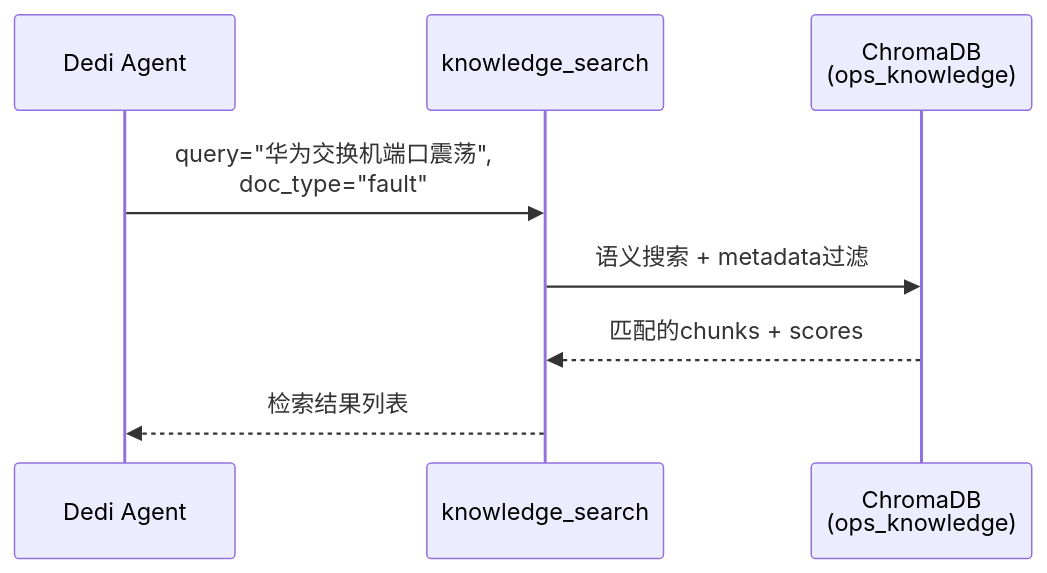
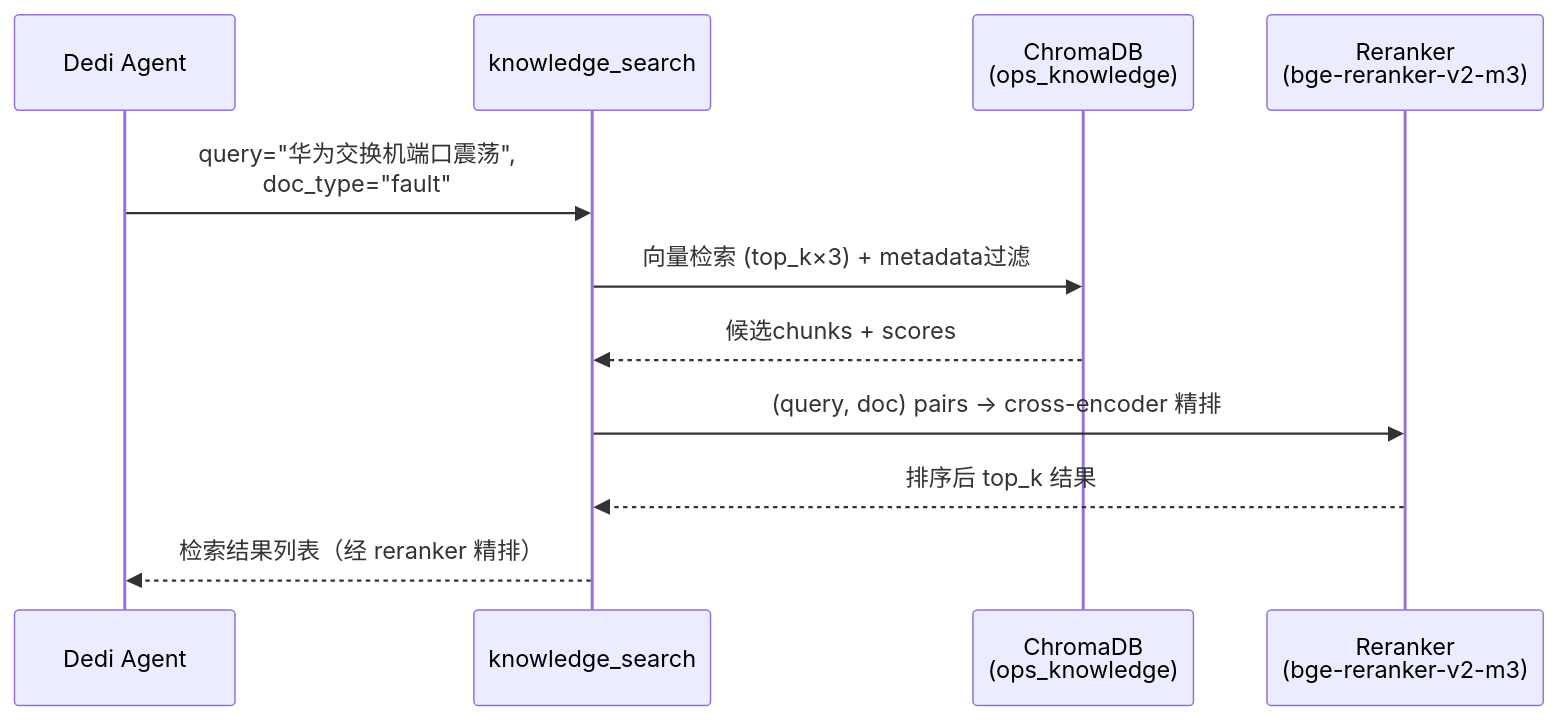
Before and after one commit to Matthewyin/deer-flow: the fifth of 14 diagrams in docs/ops-knowledge-architecture.md, drawn with Mermaid. The commit also changed other lines of this file and 14 other files, not shown here.

````diff
--- a/docs/ops-knowledge-architecture.md
+++ b/docs/ops-knowledge-architecture.md
@@ -282,11 +284,14 @@
 ```mermaid
 sequenceDiagram
     participant Agent as Dedi Agent
     participant Tool as knowledge_search
     participant RAG as ChromaDB<br/>(ops_knowledge)
+    participant RR as Reranker<br/>(bge-reranker-v2-m3)
     
     Agent->>Tool: query="华为交换机端口震荡",<br/>doc_type="fault"
-    Tool->>RAG: 语义搜索 + metadata过滤
-    RAG-->>Tool: 匹配的chunks + scores
-    Tool-->>Agent: 检索结果列表
+    Tool->>RAG: 向量检索 (top_k×3) + metadata过滤
+    RAG-->>Tool: 候选chunks + scores
+    Tool->>RR: (query, doc) pairs → cross-encoder 精排
+    RR-->>Tool: 排序后 top_k 结果
+    Tool-->>Agent: 检索结果列表（经 reranker 精排）
 ```
````
